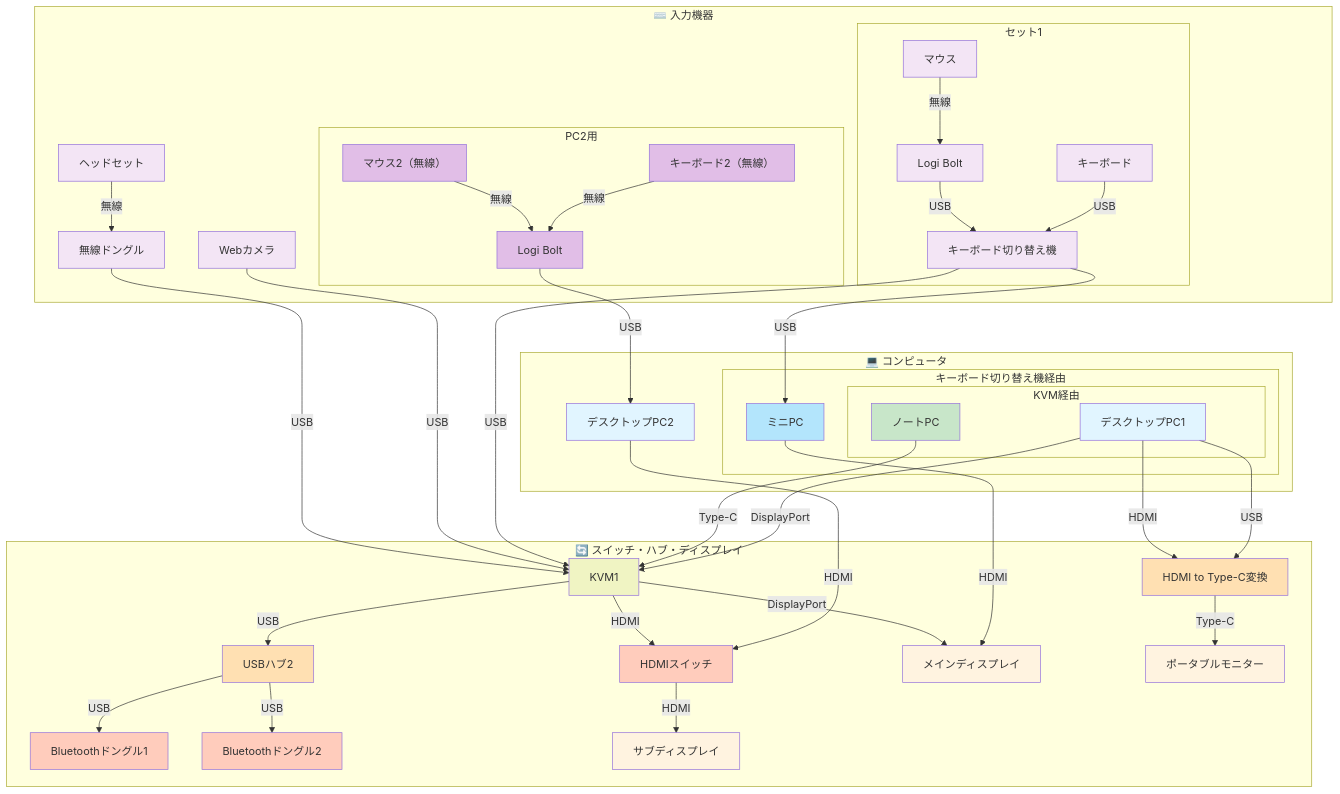
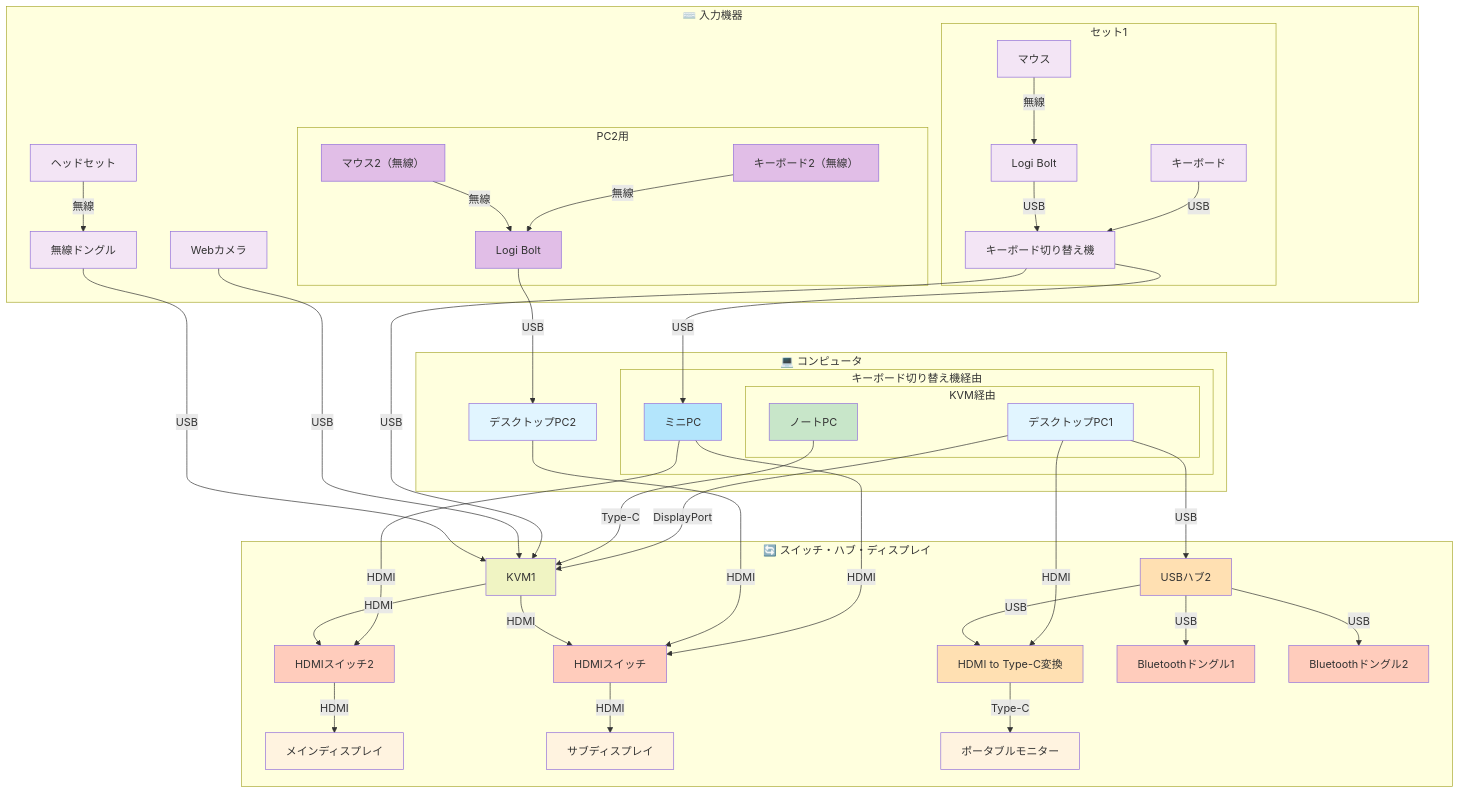
The diagram in デスク設計.md (nuitsjp/MyEnvironments), drawn with Mermaid before and after one commit. The commit also changed other lines of this file, not shown here.

Commit message:
接続図のHDMIスイッチ2を追加し、PC1とMINIPCの接続を更新。デバイス一覧を整理し、接続方式を明確化。

```diff
--- a/デスク設計.md
+++ b/デスク設計.md
@@ -44,6 +44,7 @@
         HUB1["HDMI to Type-C変換"]
         HUB2["USBハブ2"]
         HDMISW["HDMIスイッチ"]
+        HDMISW2["HDMIスイッチ2"]
         BT1["Bluetoothドングル1"]
         BT2["Bluetoothドングル2"]
         DIS1["メインディスプレイ"]
@@ -52,23 +53,26 @@
     end
 
     PC1 -->|DisplayPort| KVM1
-    PC1 -->|USB| HUB1
+    PC1 -->|USB| HUB2
     PC1 -->|HDMI| HUB1
 
     NOTEBOOK -->|Type-C| KVM1
 
-    MINIPC -->|HDMI| DIS1
+    MINIPC -->|HDMI| HDMISW2
+    MINIPC -->|HDMI| HDMISW
 
     PC2 -->|HDMI| HDMISW
     KB2 -->|無線| LOGIBOLT
     MOUSE2 -->|無線| LOGIBOLT
     LOGIBOLT -->|USB| PC2
 
-    KVM1 -->|DisplayPort| DIS1
+    KVM1 -->|HDMI| HDMISW2
     KVM1 -->|HDMI| HDMISW
 
+    HDMISW2 -->|HDMI| DIS1
     HDMISW -->|HDMI| DIS2
 
+    HUB2 -->|USB| HUB1
     HUB1 -->|Type-C| DIS3
 
     KBSW -->|USB| KVM1
@@ -78,8 +82,6 @@
     MOUSE -->|無線| LOGIBOLT1
     LOGIBOLT1 -->|USB| KBSW
     WEBCAM -->|USB| KVM1
-
-    KVM1 -->|USB| HUB2
 
     HUB2 -->|USB| BT1
     HUB2 -->|USB| BT2
@@ -95,6 +97,7 @@
     style HUB1 fill:#ffe0b2
     style HUB2 fill:#ffe0b2
     style HDMISW fill:#ffccbc
+    style HDMISW2 fill:#ffccbc
     style BT1 fill:#ffccbc
     style BT2 fill:#ffccbc
     style DIS1 fill:#fff3e0
```
